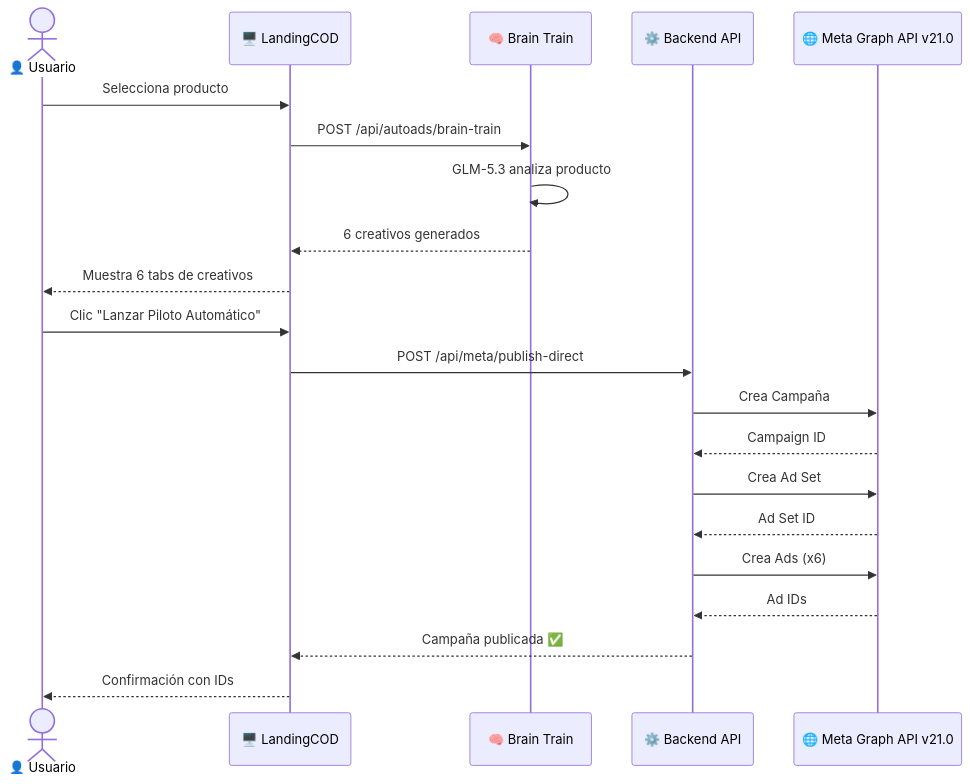
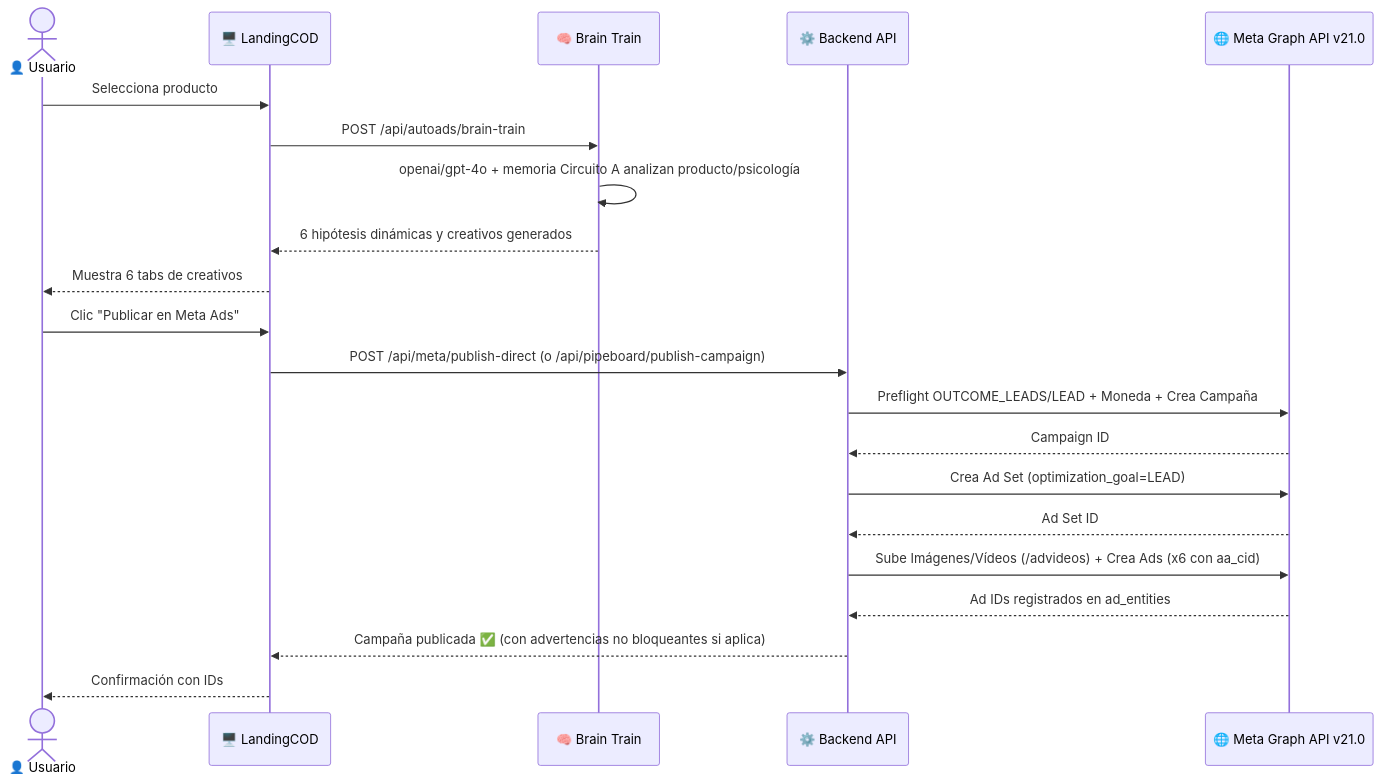
One commit to RichardAlmiron/david changed the third of 3 diagrams in GUIA_CONFIGURACION_META_ADS.md. Above: the diagram before and after it, drawn with Mermaid. The commit also changed other lines of this file and 23 other files, not shown here.

````diff
--- a/GUIA_CONFIGURACION_META_ADS.md
+++ b/GUIA_CONFIGURACION_META_ADS.md
@@ -725,24 +725,24 @@
 ```mermaid
 sequenceDiagram
     actor U as 👤 Usuario
     participant App as 🖥️ LandingCOD
     participant AI as 🧠 Brain Train
     participant API as ⚙️ Backend API
     participant Meta as 🌐 Meta Graph API v21.0
 
     U->>App: Selecciona producto
     App->>AI: POST /api/autoads/brain-train
-    AI->>AI: GLM-5.3 analiza producto
-    AI-->>App: 6 creativos generados
+    AI->>AI: openai/gpt-4o + memoria Circuito A analizan producto/psicología
+    AI-->>App: 6 hipótesis dinámicas y creativos generados
     App-->>U: Muestra 6 tabs de creativos
-    U->>App: Clic "Lanzar Piloto Automático"
-    App->>API: POST /api/meta/publish-direct
-    API->>Meta: Crea Campaña
+    U->>App: Clic "Publicar en Meta Ads"
+    App->>API: POST /api/meta/publish-direct (o /api/pipeboard/publish-campaign)
+    API->>Meta: Preflight OUTCOME_LEADS/LEAD + Moneda + Crea Campaña
     Meta-->>API: Campaign ID
-    API->>Meta: Crea Ad Set
+    API->>Meta: Crea Ad Set (optimization_goal=LEAD)
     Meta-->>API: Ad Set ID
-    API->>Meta: Crea Ads (x6)
-    Meta-->>API: Ad IDs
-    API-->>App: Campaña publicada ✅
+    API->>Meta: Sube Imágenes/Vídeos (/advideos) + Crea Ads (x6 con aa_cid)
+    Meta-->>API: Ad IDs registrados en ad_entities
+    API-->>App: Campaña publicada ✅ (con advertencias no bloqueantes si aplica)
     App-->>U: Confirmación con IDs
 ```
````
